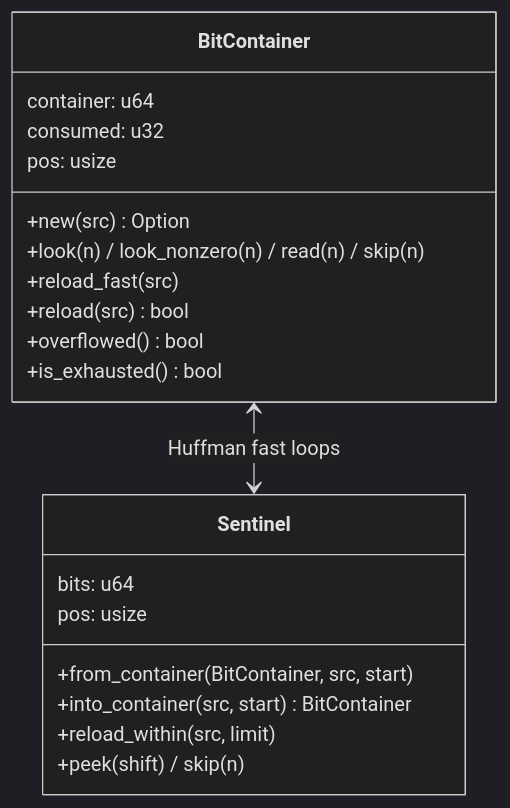
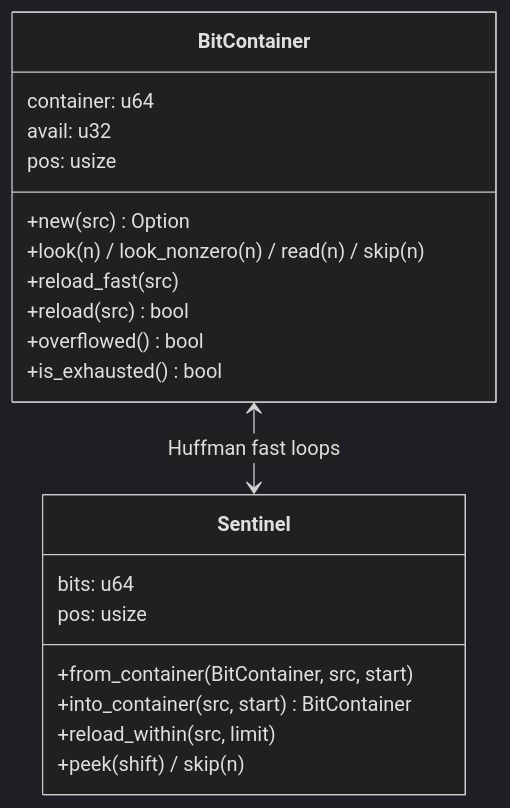
One commit to M-Compressors/mzstd changed the second of 7 diagrams in architecture/decoder-performance.md. Above: the diagram before and after it, drawn with Mermaid (dark theme). The commit also changed other lines of this file and 369 other files, not shown here.

````diff
--- a/architecture/decoder-performance.md
+++ b/architecture/decoder-performance.md
@@ -48,23 +56,23 @@
 ```mermaid
 classDiagram
     class BitContainer {
         container: u64
-        consumed: u32
+        avail: u32
         pos: usize
         +new(src) Option
         +look(n) / look_nonzero(n) / read(n) / skip(n)
         +reload_fast(src)
         +reload(src) bool
         +overflowed() bool
         +is_exhausted() bool
     }
     class Sentinel {
         bits: u64
         pos: usize
         +from_container(BitContainer, src, start)
         +into_container(src, start) BitContainer
         +reload_within(src, limit)
         +peek(shift) / skip(n)
     }
     BitContainer <--> Sentinel : Huffman fast loops
 ```
````
